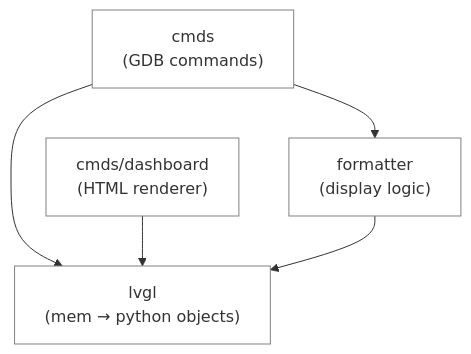
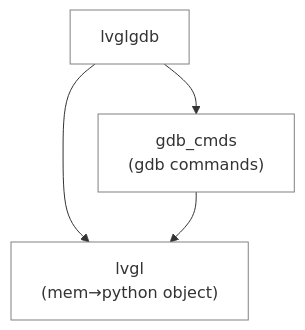
One commit to ReinoKotze/H743_DASH_LOGGER_KTM_990 changed the diagram in H743_DASH_LOGGER/Drivers/lvgl/scripts/gdb/README.md. Above: the diagram before and after it, drawn with Mermaid. The commit also changed other lines of this file and 5064 other files, not shown here.

````diff
--- a/H743_DASH_LOGGER/Drivers/lvgl/scripts/gdb/README.md
+++ b/H743_DASH_LOGGER/Drivers/lvgl/scripts/gdb/README.md
@@ -58,15 +24,14 @@
 ```mermaid
 graph TD
-    lvgl["lvgl<br/>(mem → python objects)"]
-    cmds["cmds<br/>(GDB commands)"]
-    formatter["formatter<br/>(display logic)"]
-    dashboard["cmds/dashboard<br/>(HTML renderer)"]
+    lvgl["lvgl<br/>(mem→python object)"]
+    gdb_cmds["gdb_cmds<br/>(gdb commands)"]
+    lvglgdb["lvglgdb"]
 
-    cmds --> formatter
-    cmds --> lvgl
-    dashboard --> lvgl
-    formatter --> lvgl
+    lvglgdb --> lvgl
+    lvglgdb --> gdb_cmds
+    gdb_cmds --> lvgl
 
     classDef pkg fill:white,stroke:gray
-    class lvgl,cmds,formatter,dashboard pkg
+    classDef core fill:white,stroke:gray
+    class lvglgdb,lvgl,gdb_cmds pkg
 ```
````
